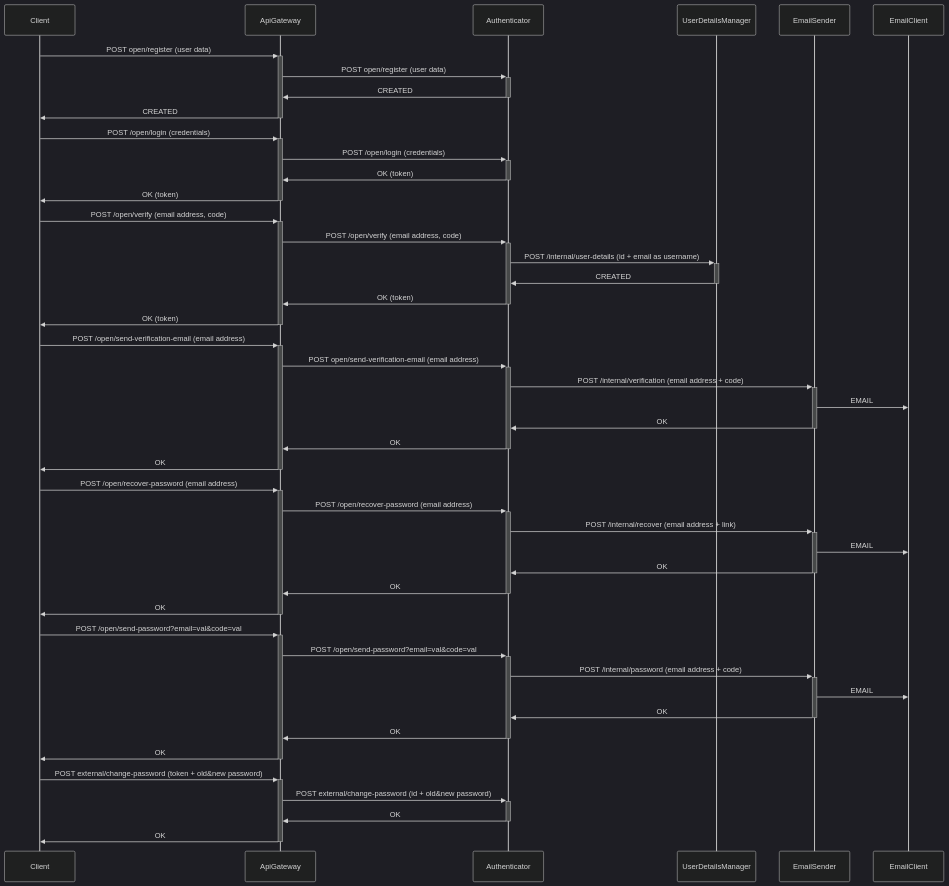
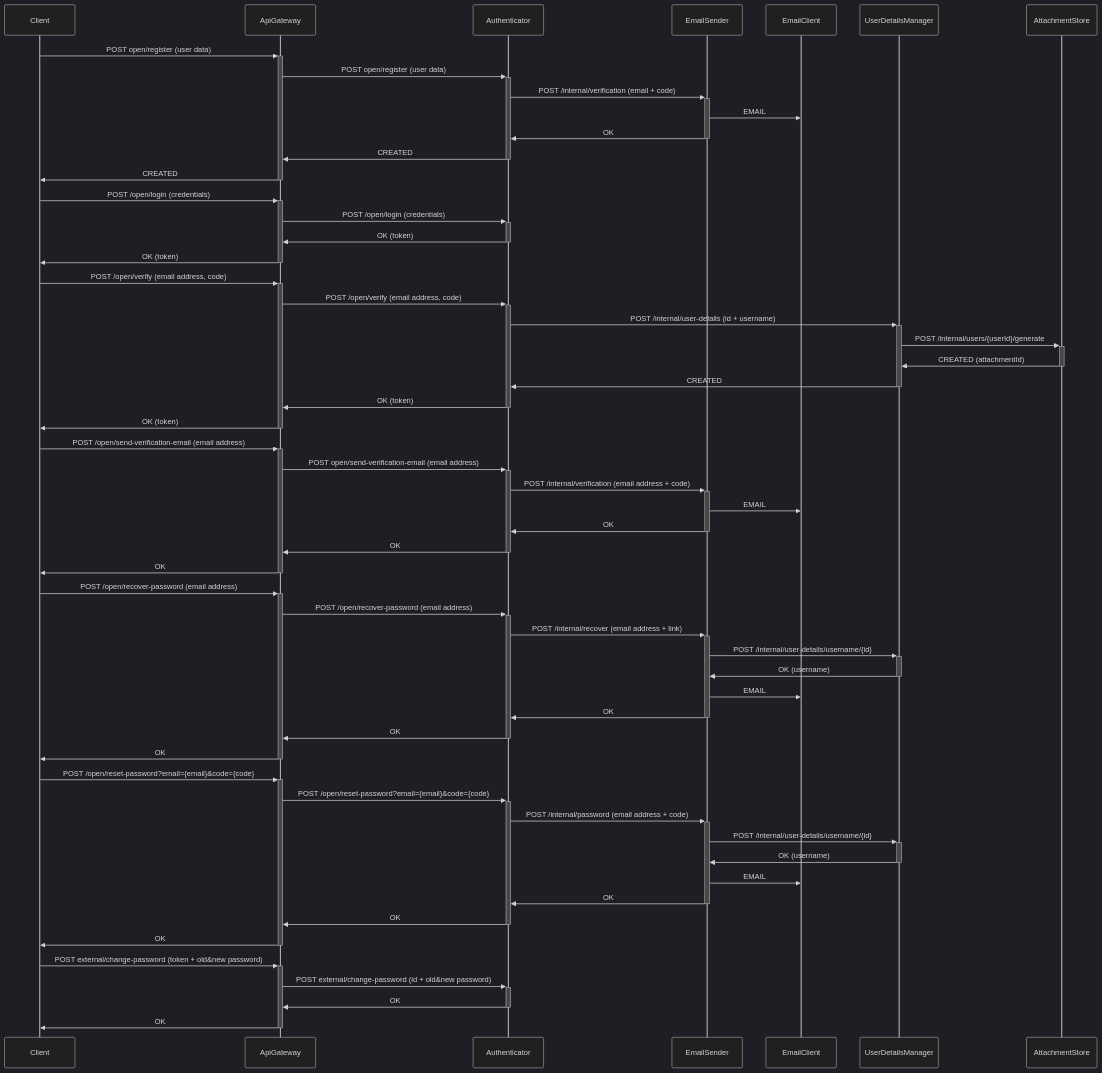
Before and after one commit to Group-Expense-Manager/gem-docs: the third of 11 diagrams in docs/diagrams.md, drawn with Mermaid (dark theme). The commit also changed other lines of this file and 1 other file, not shown here.

Commit message:
updated flow diagrams & database classes

````diff
--- a/docs/diagrams.md
+++ b/docs/diagrams.md
@@ -101,50 +101,59 @@
-``` mermaid
+```mermaid
 sequenceDiagram
 
 Client->>+ApiGateway: POST open/register (user data)
 ApiGateway->>+Authenticator: POST open/register (user data)
+Authenticator->>+EmailSender: POST /internal/verification (email + code)
+EmailSender->>EmailClient: EMAIL
+EmailSender->>-Authenticator: OK
 Authenticator->>-ApiGateway: CREATED
 ApiGateway->>-Client: CREATED
 
 Client->>+ApiGateway: POST /open/login (credentials)
 ApiGateway->>+Authenticator: POST /open/login (credentials)
 Authenticator->>-ApiGateway: OK (token)
 ApiGateway->>-Client: OK (token)
 
 Client->>+ApiGateway: POST /open/verify (email address, code)
 ApiGateway->>+Authenticator: POST /open/verify (email address, code)
-Authenticator->>+ UserDetailsManager: POST /internal/user-details (id + email as username)
+Authenticator->>+ UserDetailsManager: POST /internal/user-details (id + username)
+UserDetailsManager->>+AttachmentStore: POST /internal/users/{userId}/generate
+AttachmentStore->>-UserDetailsManager: CREATED (attachmentId)
 UserDetailsManager->>-Authenticator: CREATED
 Authenticator->>-ApiGateway: OK (token)
 ApiGateway->>-Client: OK (token)
 
 Client->>+ApiGateway: POST /open/send-verification-email (email address)
 ApiGateway->>+Authenticator: POST open/send-verification-email (email address)
 Authenticator->>+EmailSender: POST /internal/verification (email address + code)
 EmailSender->>EmailClient: EMAIL
 EmailSender->>-Authenticator: OK
 Authenticator->>-ApiGateway: OK
 ApiGateway->>-Client: OK
 
 Client->>+ApiGateway: POST /open/recover-password (email address)
 ApiGateway->>+Authenticator: POST /open/recover-password (email address)
 Authenticator->>+EmailSender: POST /internal/recover (email address + link)
+EmailSender->>+UserDetailsManager: POST /internal/user-details/username/{id}
+UserDetailsManager->>-EmailSender: OK (username)
 EmailSender->>EmailClient: EMAIL
 EmailSender->>-Authenticator: OK
 Authenticator->>-ApiGateway: OK
 ApiGateway->>-Client: OK
 
-Client->>+ApiGateway: POST /open/send-password?email=val&code=val 
-ApiGateway->>+Authenticator: POST /open/send-password?email=val&code=val
+Client->>+ApiGateway: POST /open/reset-password?email={email}&code={code} 
+ApiGateway->>+Authenticator: POST /open/reset-password?email={email}&code={code}
 Authenticator->>+EmailSender: POST /internal/password (email address + code)
+EmailSender->>+UserDetailsManager: POST /internal/user-details/username/{id}
+UserDetailsManager->>-EmailSender: OK (username)
 EmailSender->>EmailClient: EMAIL
 EmailSender->>-Authenticator: OK
 Authenticator->>-ApiGateway: OK
 ApiGateway->>-Client: OK
 
 
 Client->>+ApiGateway: POST external/change-password (token + old&new password)
 ApiGateway->>+Authenticator: POST external/change-password (id + old&new password)
 Authenticator->>-ApiGateway: OK
 ApiGateway->>-Client: OK
 ```
````
